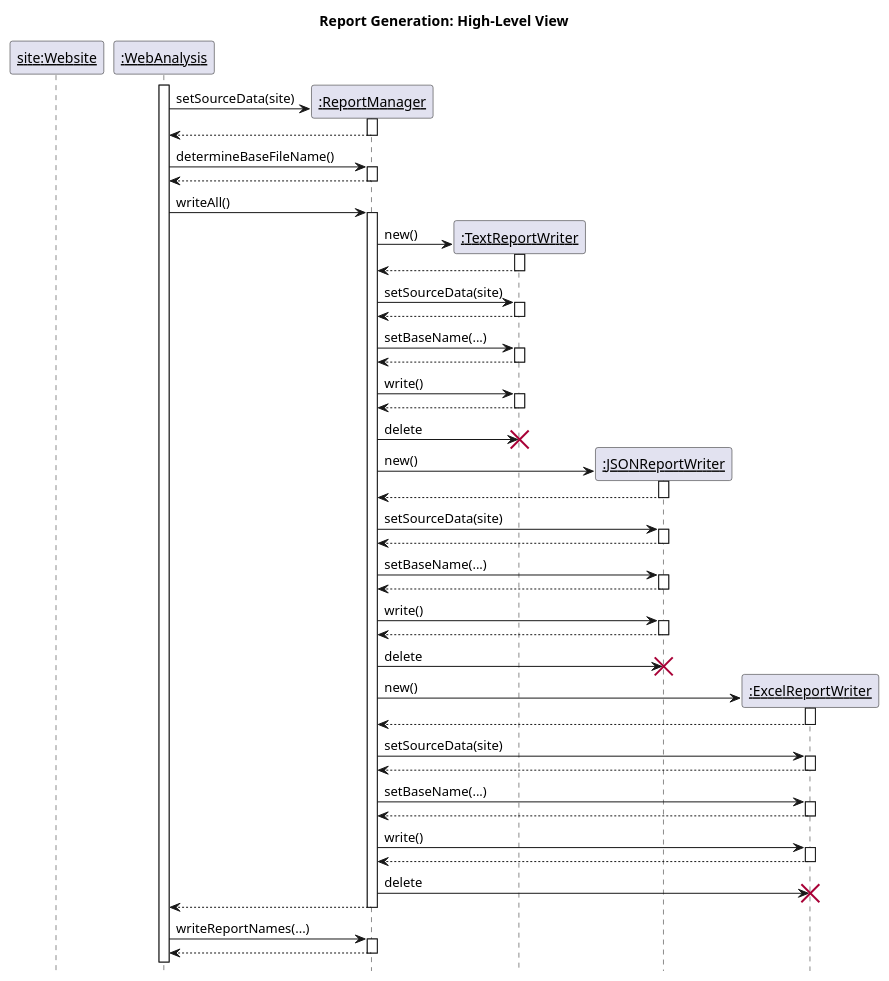
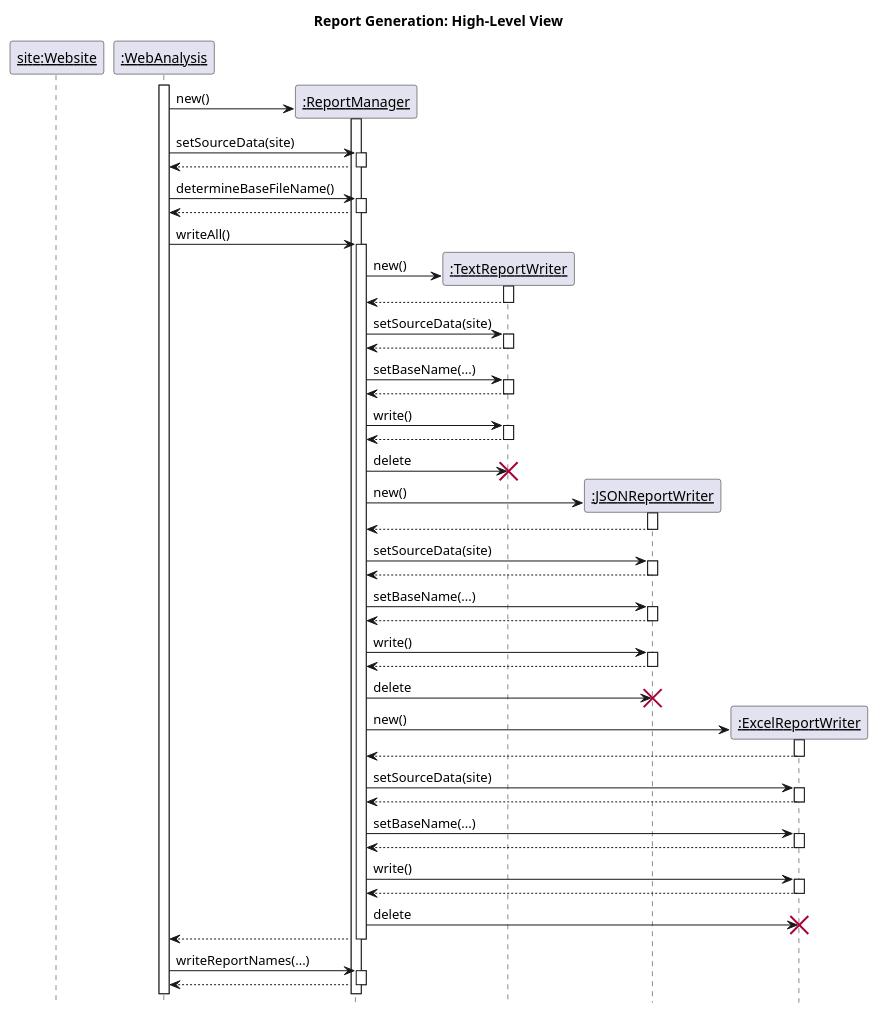
One commit to cstkennedy/Phase-3-Brainstorming-Web-Analysis changed diagram 14 of 14 in README.md. Above: the diagram before and after it, drawn with PlantUML. The commit also changed 1 other file, not shown here.

Commit message:
Add missing constructor call

````diff
--- a/README.md
+++ b/README.md
@@ -1480,62 +1480,63 @@
 ```plantuml
 @startuml sequence_03.svg
 autoactivate on
 hide footbox
 skinparam backgroundColor #FFFFFF
 skinparam sequenceParticipant underline
 
 title Report Generation: High-Level View
 
 participant "site:Website" as site
 participant ":WebAnalysis" as driver
 activate driver
 
 
 create ":ReportManager" as manager
 
+driver -> manager: new()
 driver -> manager: setSourceData(site)
 return
 
 driver -> manager: determineBaseFileName()
 return
 
 driver -> manager: writeAll()
     create ":TextReportWriter" as textWriter
     manager -> textWriter: new()
     return
     manager -> textWriter: setSourceData(site)
     return
     manager -> textWriter: setBaseName(...)
     return
     manager -> textWriter: write()
     return
     manager -> textWriter !!: delete
 
     create ":JSONReportWriter" as jsonWriter
     manager -> jsonWriter: new()
     return
     manager -> jsonWriter: setSourceData(site)
     return
     manager -> jsonWriter: setBaseName(...)
     return
     manager -> jsonWriter: write()
     return
     manager -> jsonWriter !!: delete
 
     create ":ExcelReportWriter" as excelWriter
     manager -> excelWriter: new()
     return
     manager -> excelWriter: setSourceData(site)
     return
     manager -> excelWriter: setBaseName(...)
     return
     manager -> excelWriter: write()
     return
     manager -> excelWriter !!: delete
 return
 
 driver -> manager: writeReportNames(...)
 return
 
 @enduml
 ```
````
